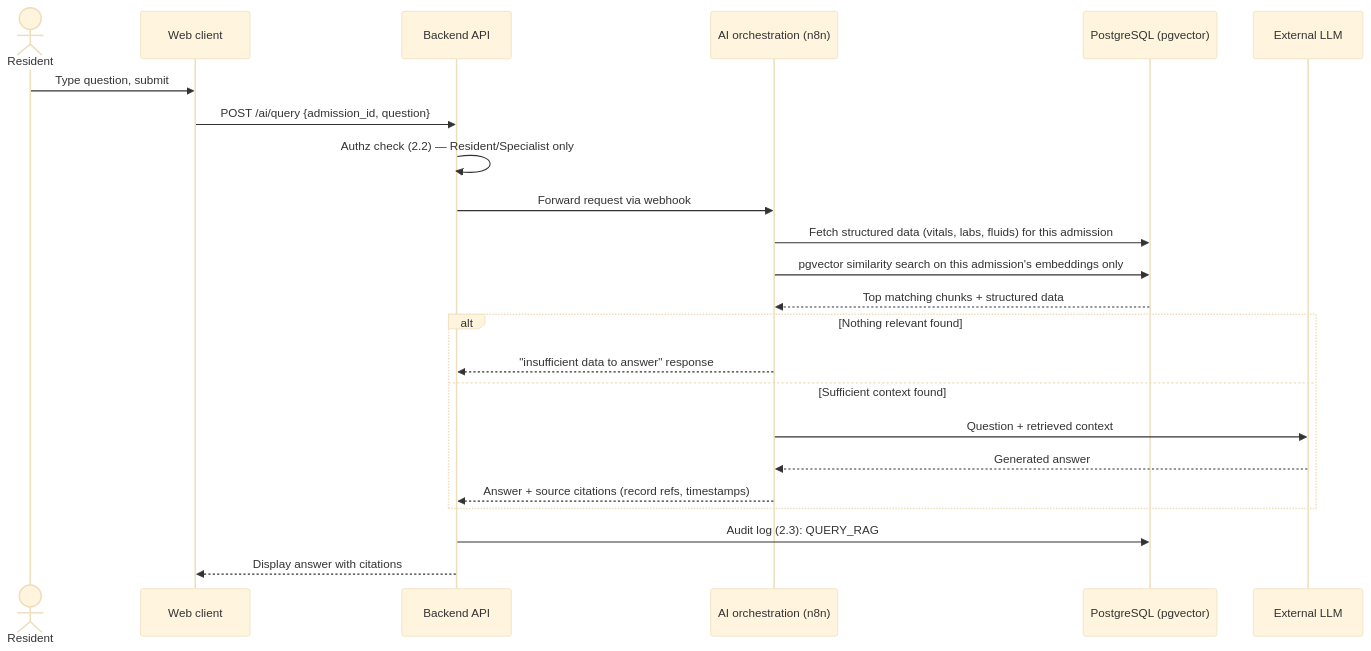
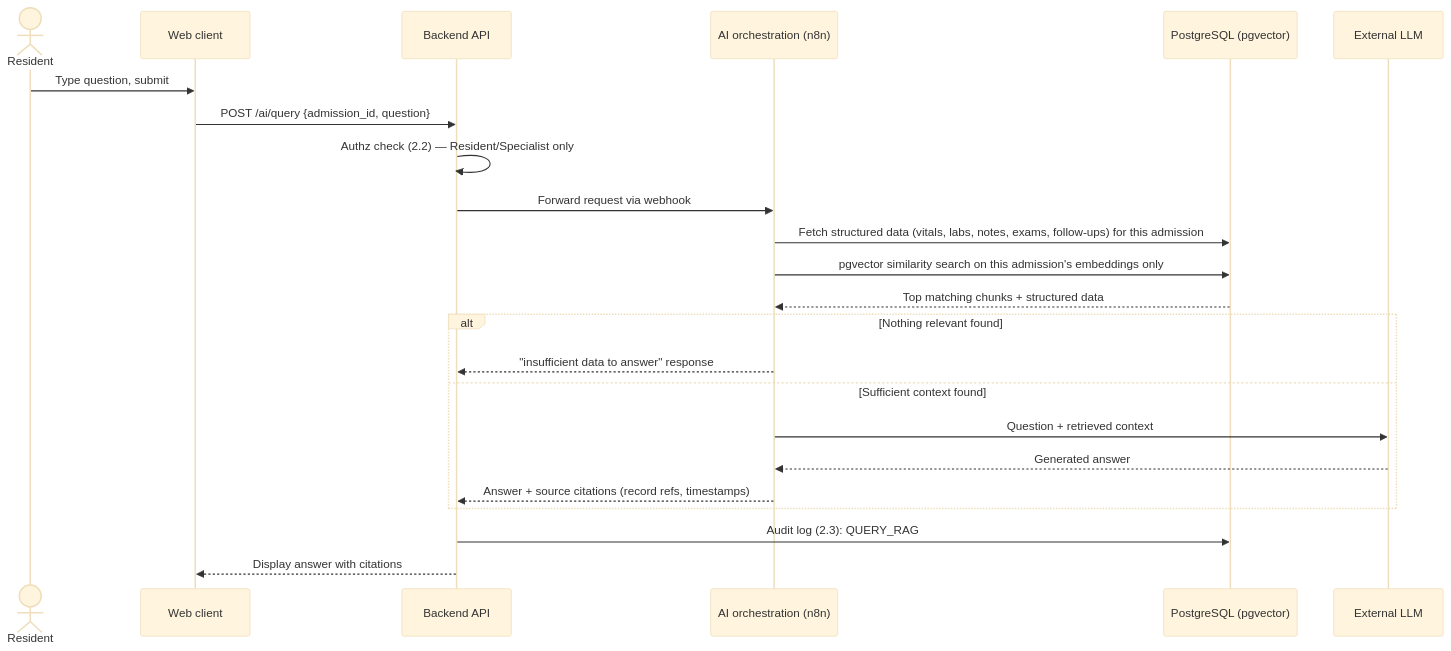
One commit to ITI-OS-Team-2026/ICU-Management-Project changed the tenth of 16 diagrams in docs/System-Flows.md. Above: the diagram before and after it, drawn with Mermaid (base theme). The commit also changed other lines of this file and 9 other files, not shown here.

````diff
--- a/docs/System-Flows.md
+++ b/docs/System-Flows.md
@@ -279,26 +311,26 @@
 ```mermaid
 sequenceDiagram
     actor Resident
     participant UI as Web client
     participant API as Backend API
     participant Orch as AI orchestration (n8n)
     participant DB as PostgreSQL (pgvector)
     participant LLM as External LLM
 
     Resident->>UI: Type question, submit
     UI->>API: POST /ai/query {admission_id, question}
     API->>API: Authz check (2.2) — Resident/Specialist only
     API->>Orch: Forward request via webhook
-    Orch->>DB: Fetch structured data (vitals, labs, fluids) for this admission
+    Orch->>DB: Fetch structured data (vitals, labs, notes, exams, follow-ups) for this admission
     Orch->>DB: pgvector similarity search on this admission's embeddings only
     DB-->>Orch: Top matching chunks + structured data
     alt Nothing relevant found
         Orch-->>API: "insufficient data to answer" response
     else Sufficient context found
         Orch->>LLM: Question + retrieved context
         LLM-->>Orch: Generated answer
         Orch-->>API: Answer + source citations (record refs, timestamps)
     end
     API->>DB: Audit log (2.3): QUERY_RAG
     API-->>UI: Display answer with citations
 ```
````
